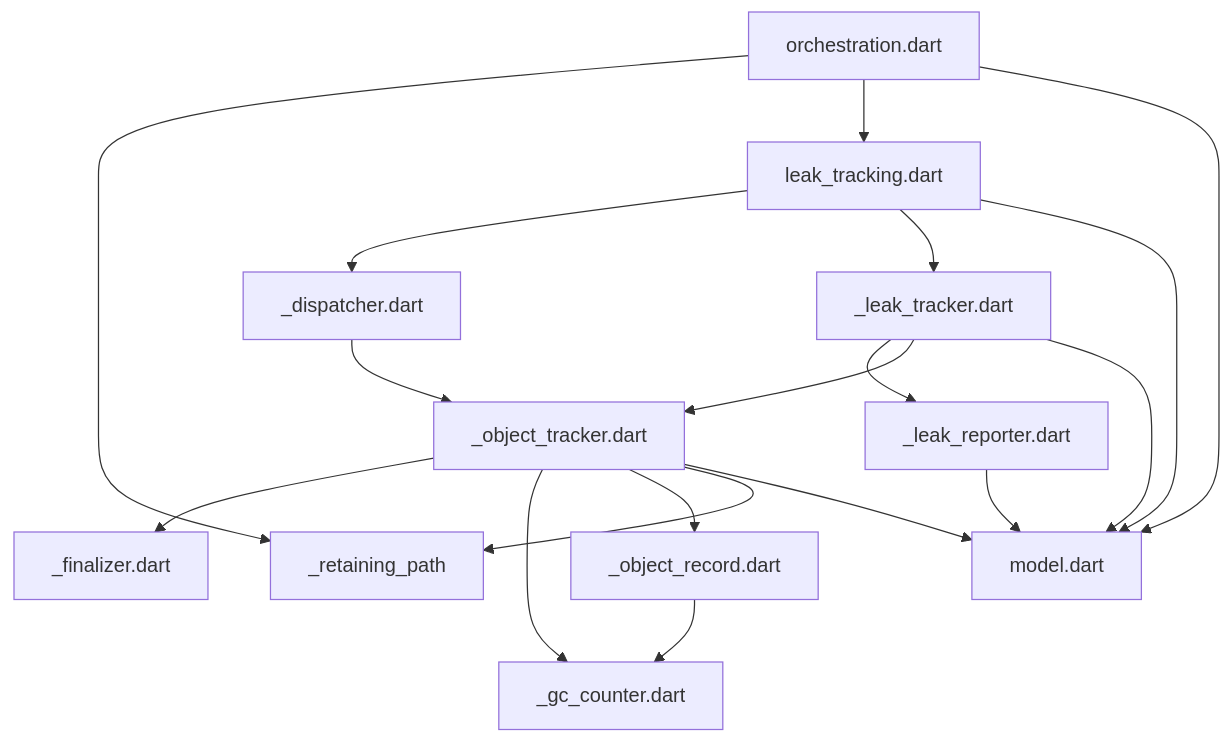
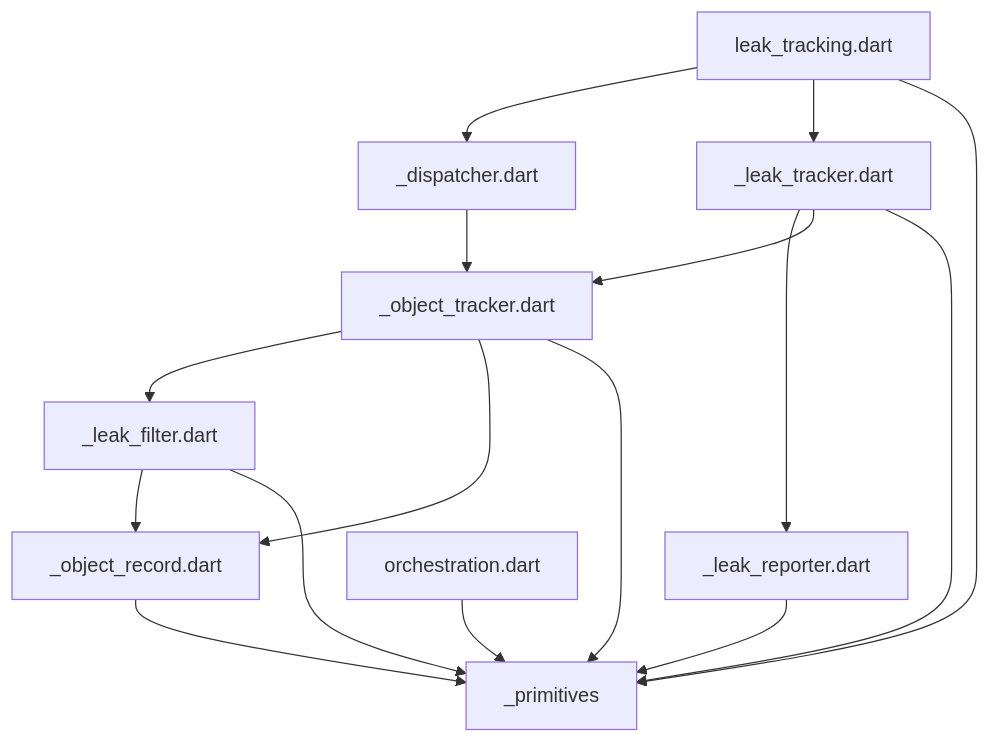
The diagram in pkgs/leak_tracker/lib/src/leak_tracking/DEPENDENCIES.md (dart-lang/leak_tracker), drawn with Mermaid before and after one commit. The commit also changed 39 other files, not shown here.

Commit message:
Reorganize leak tracker for better performance. (#106)

````diff
--- a/pkgs/leak_tracker/lib/src/leak_tracking/DEPENDENCIES.md
+++ b/pkgs/leak_tracker/lib/src/leak_tracking/DEPENDENCIES.md
@@ -6,20 +6,18 @@
 ```mermaid
 flowchart TD;
 _dispatcher.dart-->_object_tracker.dart;
-_leak_reporter.dart-->model.dart;
+_leak_filter.dart-->_object_record.dart;
+_leak_filter.dart-->_primitives;
+_leak_reporter.dart-->_primitives;
 _leak_tracker.dart-->_leak_reporter.dart;
 _leak_tracker.dart-->_object_tracker.dart;
-_leak_tracker.dart-->model.dart;
-_object_record.dart-->_gc_counter.dart;
-_object_tracker.dart-->_finalizer.dart;
-_object_tracker.dart-->_gc_counter.dart;
+_leak_tracker.dart-->_primitives;
+_object_record.dart-->_primitives;
+_object_tracker.dart-->_leak_filter.dart;
 _object_tracker.dart-->_object_record.dart;
-_object_tracker.dart-->_retaining_path;
-_object_tracker.dart-->model.dart;
+_object_tracker.dart-->_primitives;
 leak_tracking.dart-->_dispatcher.dart;
 leak_tracking.dart-->_leak_tracker.dart;
-leak_tracking.dart-->model.dart;
-orchestration.dart-->_retaining_path;
-orchestration.dart-->leak_tracking.dart;
-orchestration.dart-->model.dart;
+leak_tracking.dart-->_primitives;
+orchestration.dart-->_primitives;
 ```
````
